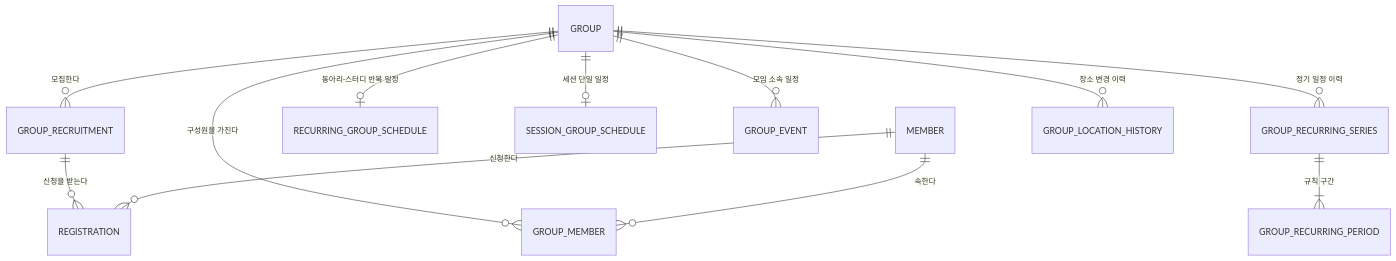
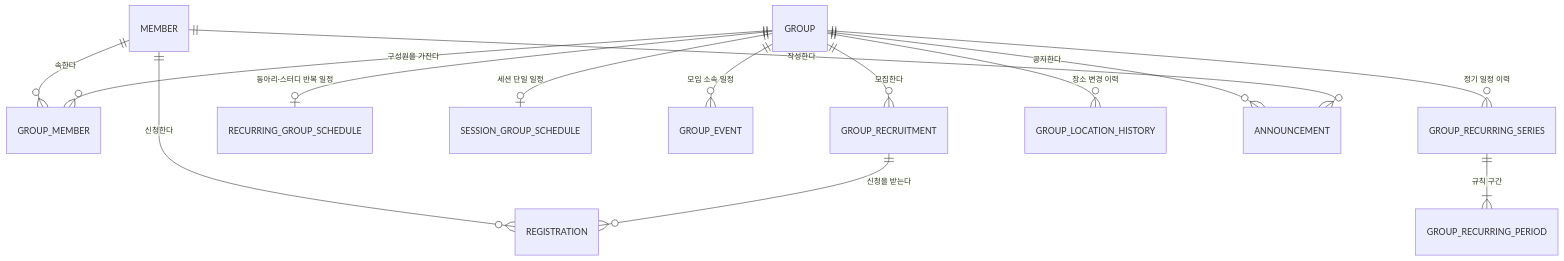
One commit to woowacourse-teams/2026-jarihana changed the second of 2 diagrams in backend/docs/context/domain/model/README.md. Above: the diagram before and after it, drawn with Mermaid. The commit also changed other lines of this file and 57 other files, not shown here.

````diff
--- a/backend/docs/context/domain/model/README.md
+++ b/backend/docs/context/domain/model/README.md
@@ -102,14 +108,16 @@
 ```mermaid
 erDiagram
     MEMBER ||--o{ REGISTRATION : "신청한다"
     MEMBER ||--o{ GROUP_MEMBER : "속한다"
     GROUP ||--o{ GROUP_RECRUITMENT : "모집한다"
     GROUP ||--o| RECURRING_GROUP_SCHEDULE : "동아리·스터디 반복 일정"
     GROUP ||--o| SESSION_GROUP_SCHEDULE : "세션 단일 일정"
     GROUP ||--o{ GROUP_EVENT : "모임 소속 일정"
     GROUP ||--o{ GROUP_RECURRING_SERIES : "정기 일정 이력"
     GROUP_RECURRING_SERIES ||--|{ GROUP_RECURRING_PERIOD : "규칙 구간"
     GROUP ||--o{ GROUP_LOCATION_HISTORY : "장소 변경 이력"
+    GROUP ||--o{ ANNOUNCEMENT : "공지한다"
     GROUP ||--o{ GROUP_MEMBER : "구성원을 가진다"
+    MEMBER ||--o{ ANNOUNCEMENT : "작성한다"
     GROUP_RECRUITMENT ||--o{ REGISTRATION : "신청을 받는다"
 ```
````
